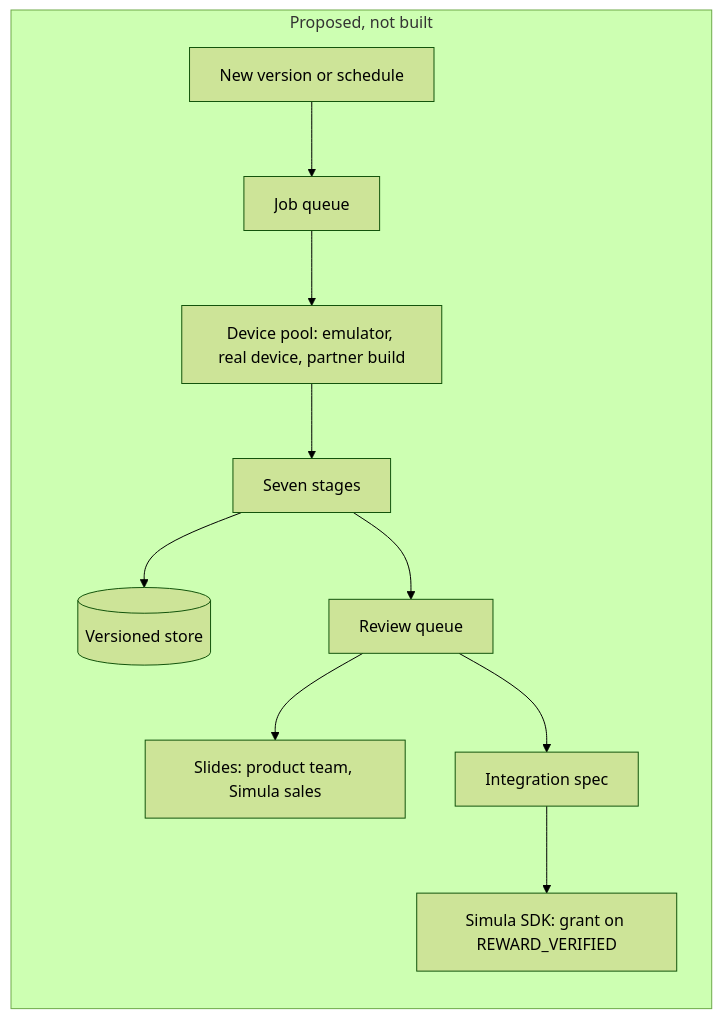
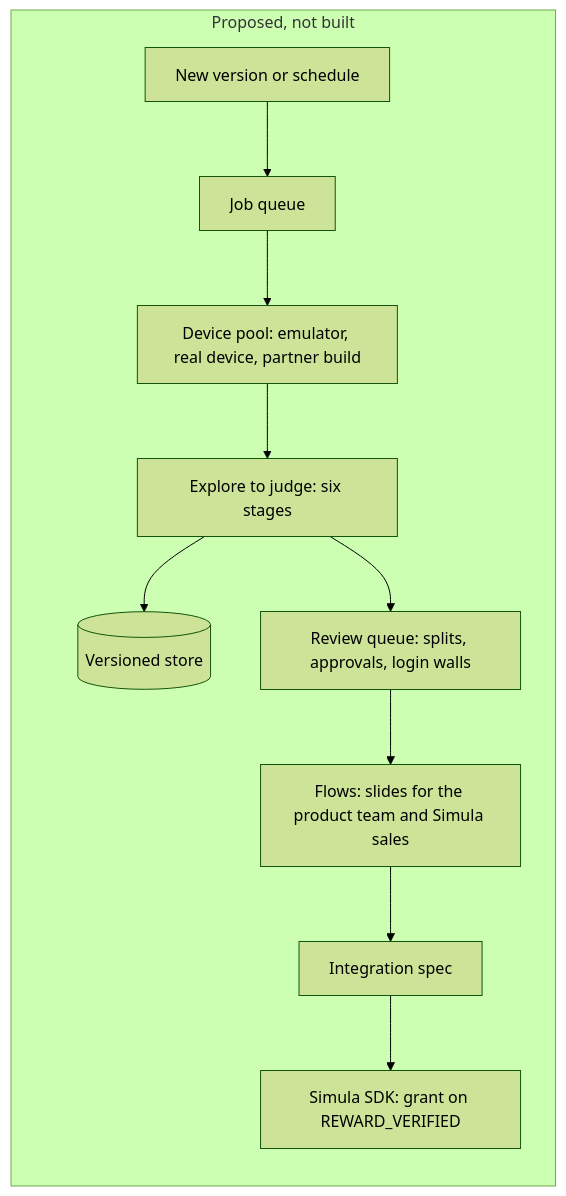
One commit to AAdityaisme/simula-agent changed the diagram in README.md. Above: the diagram before and after it, drawn with Mermaid (forest theme). The commit also changed other lines of this file, not shown here.

Commit message:
docs: the service diagram puts the review queue before the slides; SSIM described without a fixed range

````diff
--- a/README.md
+++ b/README.md
@@ -274,13 +274,13 @@
 ```mermaid
 flowchart LR
   subgraph Proposed["Proposed, not built"]
     T["New version or schedule"] --> Q["Job queue"]
     Q --> D["Device pool: emulator, real device, partner build"]
-    D --> S["Seven stages"]
+    D --> S["Explore to judge: six stages"]
     S --> V[("Versioned store")]
-    S --> R["Review queue"]
-    R --> P["Slides: product team, Simula sales"]
-    R --> I["Integration spec"]
+    S --> R["Review queue: splits, approvals, login walls"]
+    R --> F["Flows: slides for the product team and Simula sales"]
+    F --> I["Integration spec"]
     I --> K["Simula SDK: grant on REWARD_VERIFIED"]
   end
 ```
````
